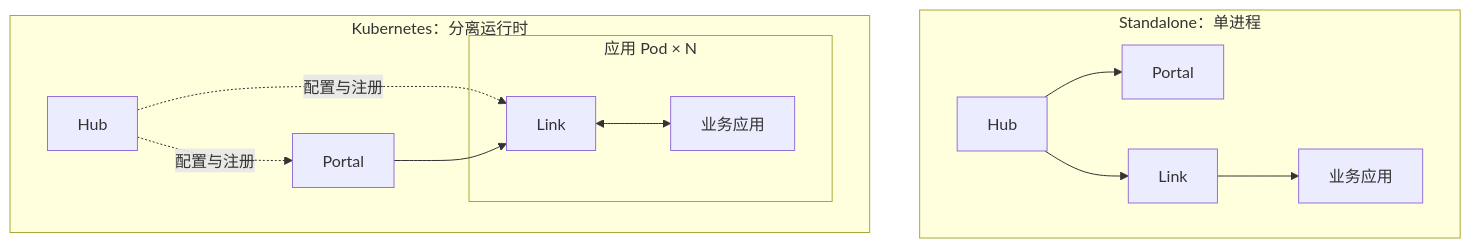
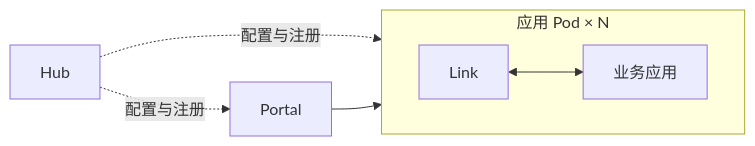
The second of 5 diagrams in i18n/zh-CN/docusaurus-plugin-content-docs/current/runtime/mechanisms.md (yorun-ai/vine-site), drawn with Mermaid before and after one commit. The commit also changed other lines of this file and 6 other files, not shown here.

````diff
--- a/i18n/zh-CN/docusaurus-plugin-content-docs/current/runtime/mechanisms.md
+++ b/i18n/zh-CN/docusaurus-plugin-content-docs/current/runtime/mechanisms.md
@@ -28,20 +38,12 @@
 ```mermaid
-flowchart TB
-  subgraph Single["Standalone：单进程"]
+flowchart LR
+  KHub["Hub"]
+  KPortal["Portal"]
+  subgraph Pod["应用 Pod × N"]
     direction LR
-    SHub["Hub"] --> SPortal["Portal"]
-    SHub --> SLink["Link"] --> SApp["业务应用"]
+    KLink["Link"] <--> KApp["业务应用"]
   end
-
-  subgraph Cluster["Kubernetes：分离运行时"]
-    direction LR
-    KHub["Hub"]
-    KPortal["Portal"]
-    subgraph Pod["应用 Pod × N"]
-      KLink["Link"] <--> KApp["业务应用"]
-    end
-    KHub -. 配置与注册 .-> KPortal
-    KHub -. 配置与注册 .-> KLink
-    KPortal --> KLink
-  end
+  KHub -. 配置与注册 .-> KPortal
+  KHub -. 配置与注册 .-> KLink
+  KPortal --> KLink
 ```
````
